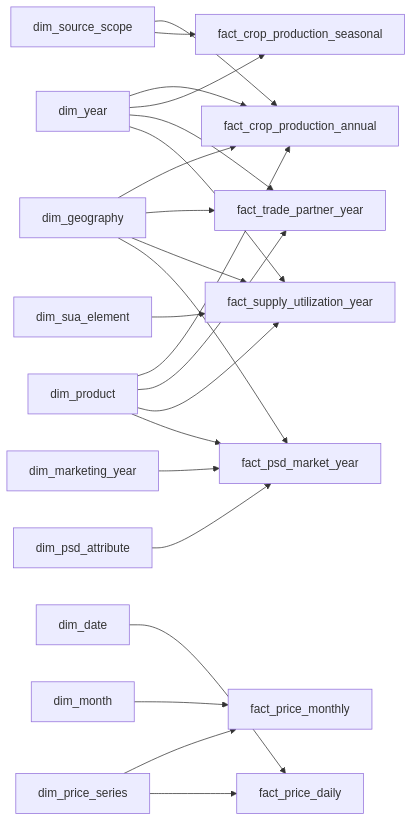
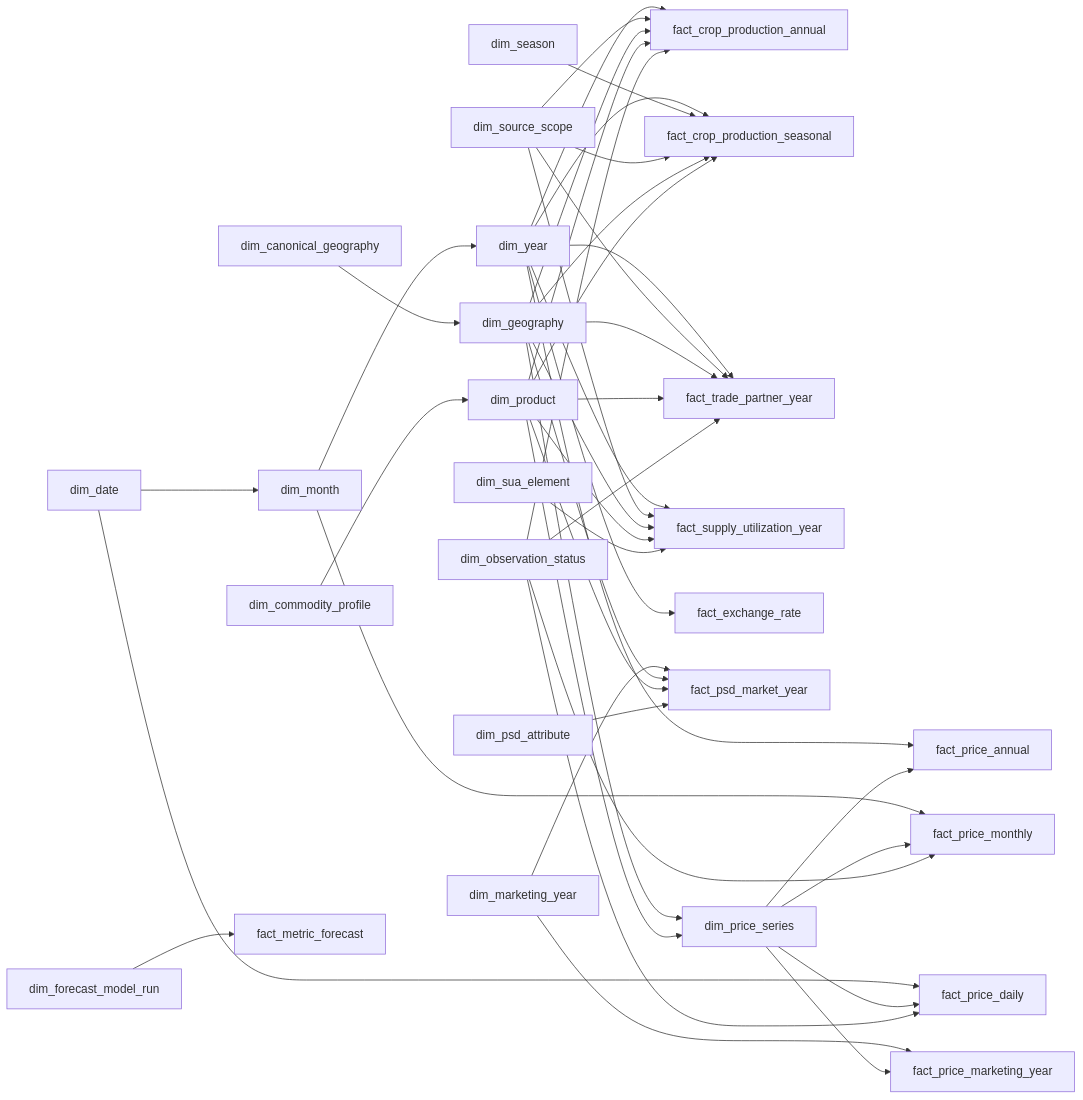
Before and after one commit to ngochai62325-maker/TLCN: the diagram in docs/gold/GOLD_SERVING_GALAXY_DESIGN.md, drawn with Mermaid. The commit also changed other lines of this file and 2 other files, not shown here.

First line of the commit message:
Enhance Power BI serving model (v2) in gold_serving_galaxy.dbml

````diff
--- a/docs/gold/GOLD_SERVING_GALAXY_DESIGN.md
+++ b/docs/gold/GOLD_SERVING_GALAXY_DESIGN.md
@@ -11,24 +15,52 @@
 ```mermaid
 flowchart LR
-  Y[dim_year] --> CA[fact_crop_production_annual]
-  Y --> CS[fact_crop_production_seasonal]
-  SC[dim_source_scope] --> CA
+  CG["dim_canonical_geography"] --> G["dim_geography"]
+  CP["dim_commodity_profile"] --> P["dim_product"]
+  D["dim_date"] --> M["dim_month"] --> Y["dim_year"]
+
+  Y --> CA["fact_crop_production_annual"]
+  Y --> CS["fact_crop_production_seasonal"]
+  Y --> PA_ANN["fact_price_annual"]
+  Y --> T["fact_trade_partner_year"]
+  Y --> SU["fact_supply_utilization_year"]
+  Y --> FX["fact_exchange_rate"]
+
+  S["dim_season"] --> CS
+  SC["dim_source_scope"] --> CA
   SC --> CS
-  Y --> T[fact_trade_partner_year]
-  Y --> SU[fact_supply_utilization_year]
-  M[dim_month] --> PM[fact_price_monthly]
-  D[dim_date] --> PD[fact_price_daily]
-  MY[dim_marketing_year] --> PSD[fact_psd_market_year]
-  G[dim_geography] --> CA
+  SC --> T
+  SC --> SU
+
+  M --> PM["fact_price_monthly"]
+  D --> PD["fact_price_daily"]
+
+  MY["dim_marketing_year"] --> PSD["fact_psd_market_year"]
+  MY --> PMY["fact_price_marketing_year"]
+
+  G --> CA
+  G --> CS
   G --> T
   G --> SU
   G --> PSD
-  P[dim_product] --> CA
+  G --> PS["dim_price_series"]
+
+  P --> CA
+  P --> CS
   P --> T
   P --> SU
   P --> PSD
-  SE[dim_sua_element] --> SU
-  PA[dim_psd_attribute] --> PSD
-  PS[dim_price_series] --> PM
+  P --> PS
+
+  PS --> PM
+  PS --> PA_ANN
+  PS --> PMY
   PS --> PD
+
+  SE["dim_sua_element"] --> SU
+  PA["dim_psd_attribute"] --> PSD
+  OS["dim_observation_status"] --> CA
+  OS --> T
+  OS --> PM
+  OS --> PD
+  MR["dim_forecast_model_run"] --> FC["fact_metric_forecast"]
 ```
````
